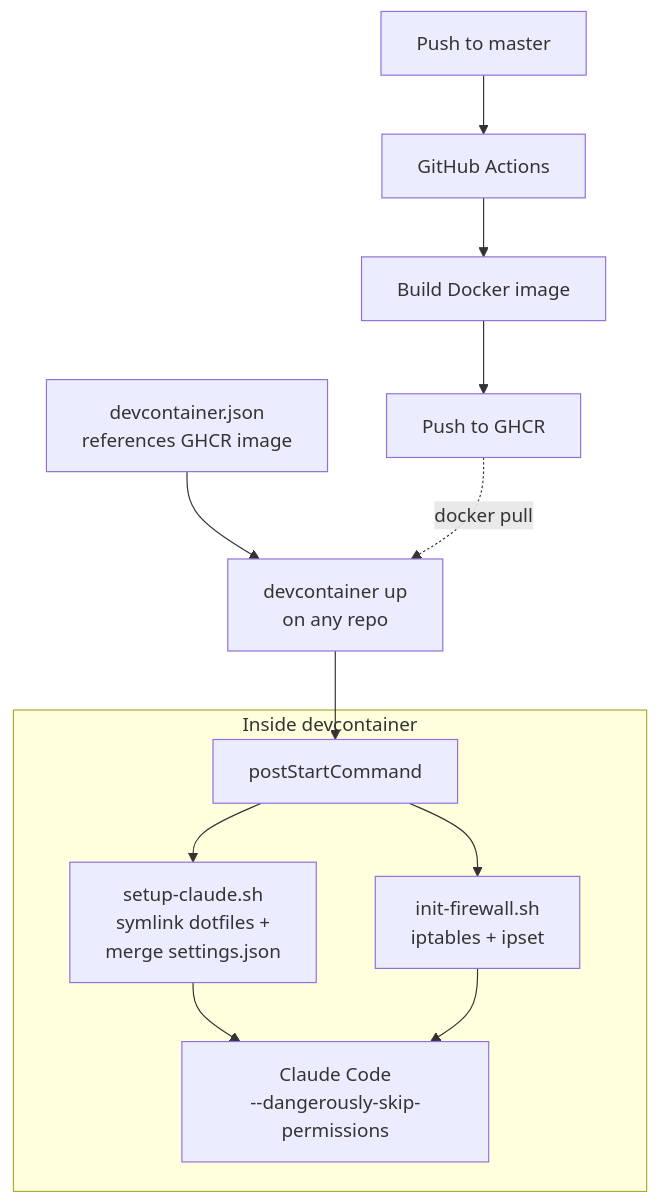
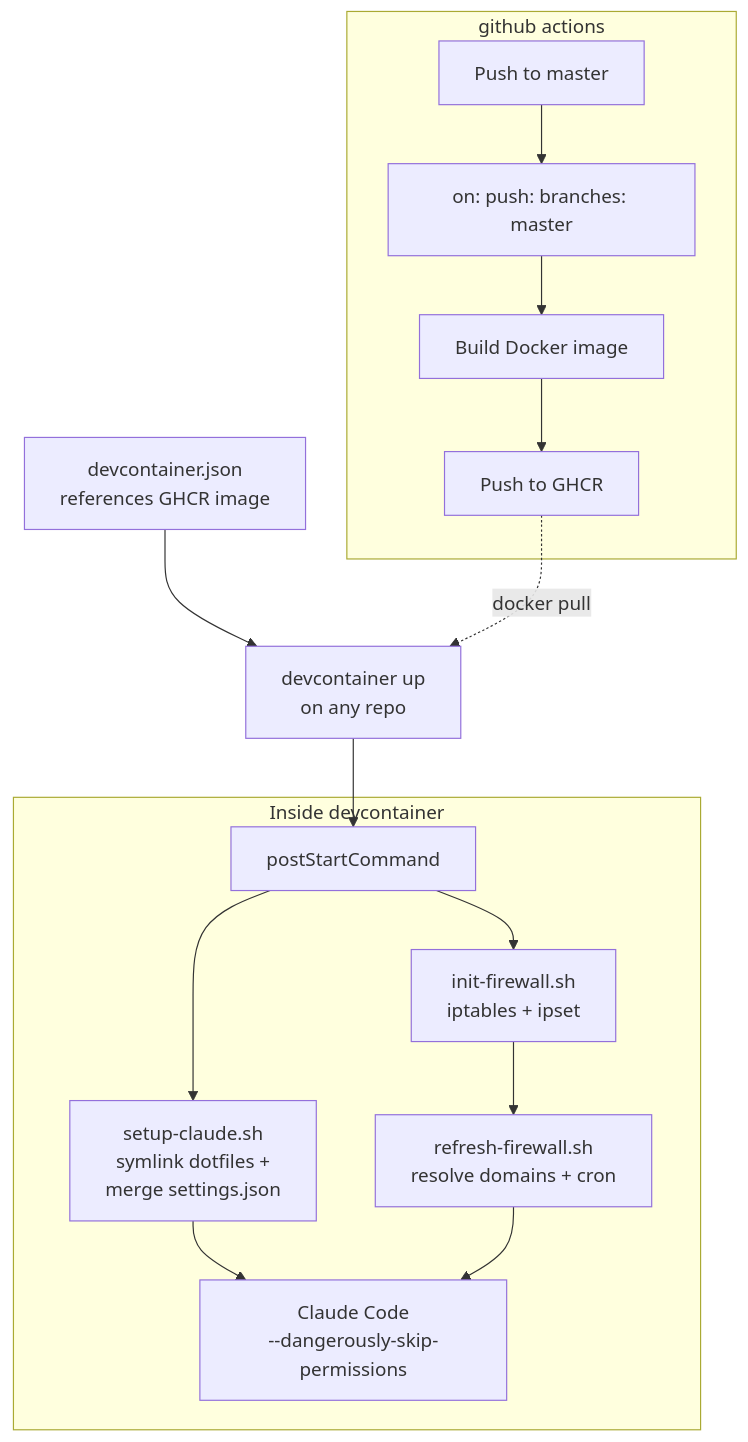
The diagram in _posts/2026-03-18-claude-code-devcontainer.md (ktrysmt/ktrysmt.github.io), drawn with Mermaid before and after one commit. The commit also changed other lines of this file, not shown here.

````diff
--- a/_posts/2026-03-18-claude-code-devcontainer.md
+++ b/_posts/2026-03-18-claude-code-devcontainer.md
@@ -33,15 +37,19 @@
 ```mermaid
 graph TD
-  A[Push to master] --> B[GitHub Actions]
-  B --> C[Build Docker image]
-  C --> D[Push to GHCR]
+  A[Push to master]
+  subgraph github actions
+    A --> B[on: push: branches: master]
+    B --> C[Build Docker image]
+    C --> D[Push to GHCR]
+  end
   E[devcontainer.json<br>references GHCR image] --> F[devcontainer up<br>on any repo]
   D -.-> |docker pull| F
   F --> G[postStartCommand]
   subgraph container [Inside devcontainer]
     G --> H[setup-claude.sh<br>symlink dotfiles +<br>merge settings.json]
     G --> I[init-firewall.sh<br>iptables + ipset]
+    I --> K[refresh-firewall.sh<br>resolve domains + cron]
     H --> J[Claude Code<br>--dangerously-skip-permissions]
-    I --> J
+    K --> J
   end
 ```
````
